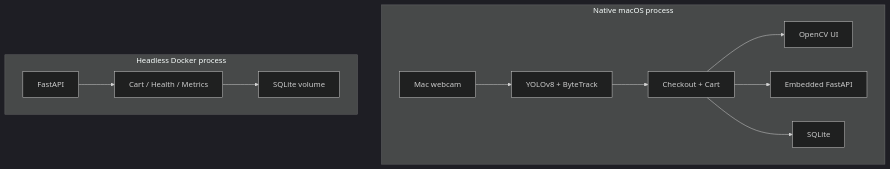
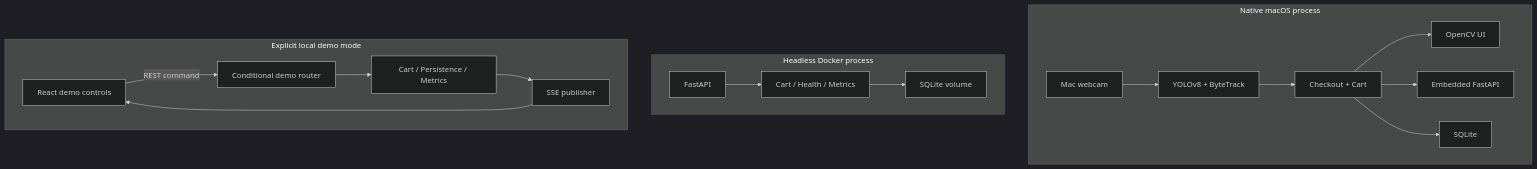
Before and after one commit to SHUBHANGSUDHANSU/smart-retail-checkout: the second of 2 diagrams in docs/ARCHITECTURE.md, drawn with Mermaid (dark theme). The commit also changed other lines of this file and 39 other files, not shown here.

````diff
--- a/docs/ARCHITECTURE.md
+++ b/docs/ARCHITECTURE.md
@@ -153,15 +164,22 @@
 ```mermaid
 flowchart TB
     subgraph Native["Native macOS process"]
         C["Mac webcam"] --> V["YOLOv8 + ByteTrack"]
         V --> E["Checkout + Cart"]
         E --> U["OpenCV UI"]
         E --> A1["Embedded FastAPI"]
         E --> D1["SQLite"]
     end
 
     subgraph Container["Headless Docker process"]
         A2["FastAPI"] --> S["Cart / Health / Metrics"]
         S --> D2["SQLite volume"]
     end
+
+    subgraph Demo["Explicit local demo mode"]
+        Controls["React demo controls"] -->|"REST command"| A3["Conditional demo router"]
+        A3 --> S3["Cart / Persistence / Metrics"]
+        S3 --> R3["SSE publisher"]
+        R3 --> Controls
+    end
 ```
````
